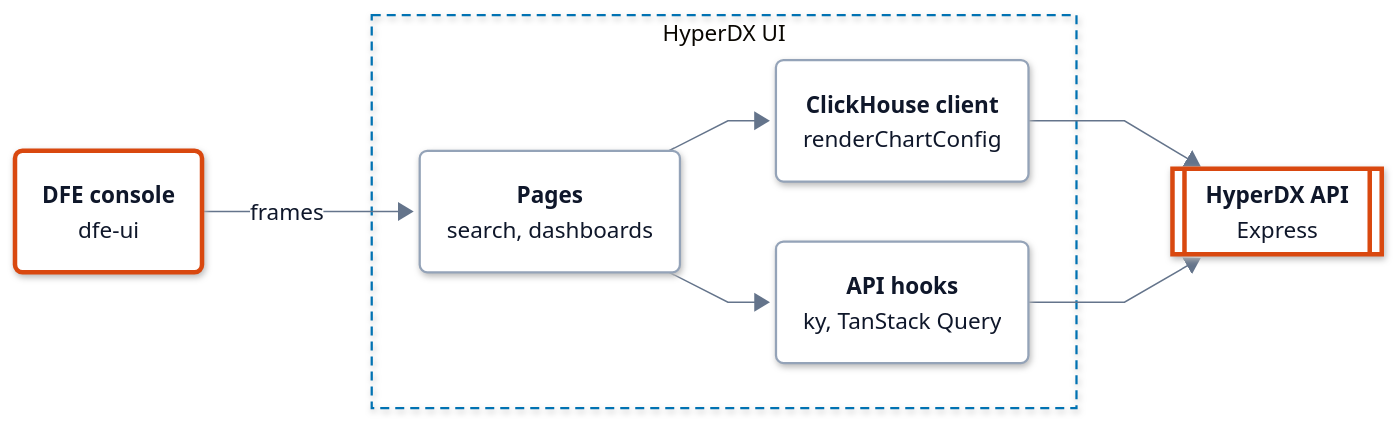
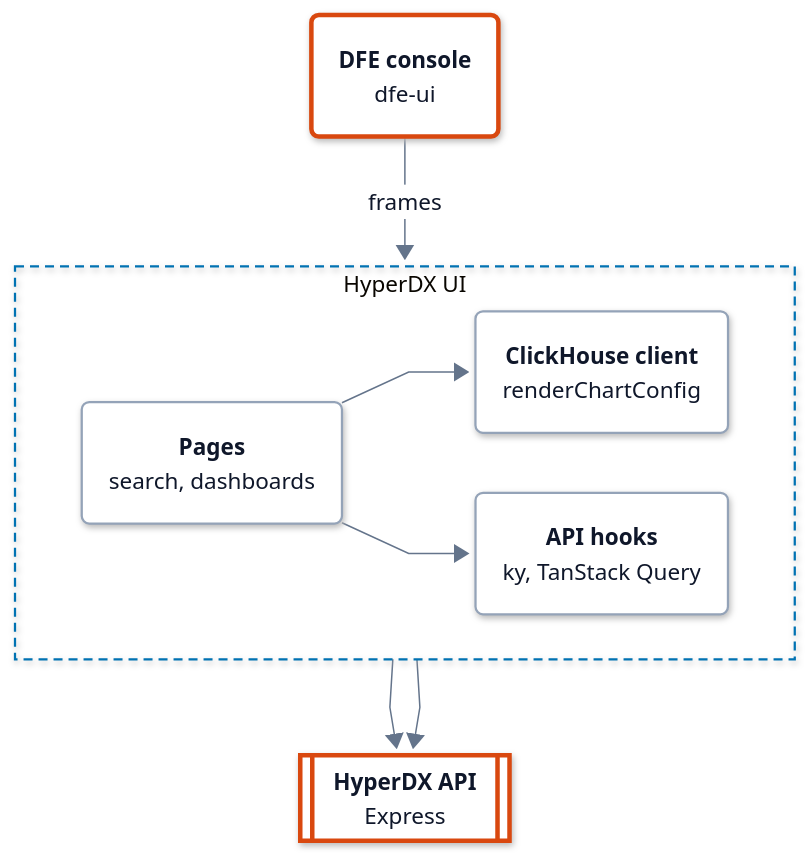
Before and after one commit to hyperi-io/dfe-hyperdx: the diagram in docs/architecture/frontend.md, drawn with Mermaid. The commit also changed other lines of this file and 15 other files, not shown here.

First line of the commit message:
docs(architecture): add the architecture page and fit every flowchart (#234)

````diff
--- a/docs/architecture/frontend.md
+++ b/docs/architecture/frontend.md
@@ -13,76 +17,77 @@
 ```mermaid
 ---
 config:
   theme: base
   look: neo
   fontFamily: Inter, -apple-system, Segoe UI, Roboto, Helvetica, Arial, sans-serif
   flowchart:
     curve: linear
     nodeSpacing: 40
     rankSpacing: 64
     padding: 18
     wrappingWidth: 280
     htmlLabels: true
   elk:
     preset: modelOrder
   themeVariables:
     fontSize: 15px
     lineColor: "#64748B"
     primaryTextColor: "#0F172A"
     clusterBorder: "#0072B2"
     edgeLabelBackground: "#FFFFFF"
   themeCSS: >-
     p{margin:0}
     .node[data-look] rect,.node[data-look] path,.node[data-look] polygon,.node[data-look] .outer-path{filter:drop-shadow(0 1px 2px rgba(15,23,42,.10)) drop-shadow(0 6px 14px rgba(15,23,42,.10))}
     .node rect{rx:10px;ry:10px}
     .cluster rect{rx:16px;ry:16px}
     .node .label div{min-width:150px}
     .node.decision .label div{min-width:0}
     .cluster[data-look] rect{filter:none}
     .nodeLabel{line-height:1.35}
     .nodeLabel b{font-weight:600;font-size:15px;letter-spacing:-0.01em}
     .nodeLabel span{font-size:12.5px;font-weight:400;color:#334155}
     .cluster-label span.nodeLabel{display:inline-block;background:#FFFFFF;color:#0B2A3F;border:1.5px solid #0072B2;border-radius:999px;padding:2px 12px;font-size:11.5px;font-weight:700;letter-spacing:.09em;text-transform:uppercase}
     .flowchart-link{stroke-width:1.75px}
     .labelBkg{background:transparent!important}
     span.edgeLabel{display:inline-block;background:#FFFFFF!important;color:#1E293B;border:1px solid #94A3B8;border-radius:999px;padding:2px 10px;font-size:12px;font-weight:500}
     span.edgeLabel p{background:transparent!important}
     .label-icon{width:20px;height:20px;vertical-align:-4px;margin-right:6px}
     .ingest .label-icon{color:#0E8A7D}
     .xform .label-icon{color:#7B4FB0}
     .load .label-icon{color:#0072B2}
     .bus .label-icon{color:#A8517F}
     .store .label-icon{color:#00785A}
     .ui .label-icon{color:#D9480F}
     .ext .label-icon{color:#64748B}
 ---
-flowchart LR
+flowchart TB
   accTitle: L3 Components -- HyperDX UI
   accDescr: The DFE console frames the UI pages. Pages render charts through the browser ClickHouse client, which builds SQL with renderChartConfig, and load everything else through the API hooks. Both reach the HyperDX API.
   console("<b>DFE console</b><br/><span>dfe-ui</span>")
   subgraph app["HyperDX UI"]
+    direction LR
     pages("<b>Pages</b><br/><span>search, dashboards</span>")
     chc("<b>ClickHouse client</b><br/><span>renderChartConfig</span>")
     hooks("<b>API hooks</b><br/><span>ky, TanStack Query</span>")
+    pages --> chc
+    pages --> hooks
   end
   api[["<b>HyperDX API</b><br/><span>Express</span>"]]
   console -->|frames| pages
-  pages --> chc
-  pages --> hooks
   chc --> api
   hooks --> api
+  class console,api ui
+  class pages,chc,hooks part
   classDef ext fill:#F4F6F8,stroke:#94A3B8,stroke-width:1.5px,stroke-dasharray:5 4,color:#0F172A
   classDef ingest fill:#FFFFFF,stroke:#0E8A7D,stroke-width:3px,color:#0F172A
   classDef xform fill:#FFFFFF,stroke:#7B4FB0,stroke-width:3px,color:#0F172A
   classDef load fill:#FFFFFF,stroke:#0072B2,stroke-width:3px,color:#0F172A
   classDef bus fill:#FFFFFF,stroke:#A8517F,stroke-width:3px,color:#0F172A
   classDef store fill:#FFFFFF,stroke:#00785A,stroke-width:3px,color:#0F172A
   classDef ui fill:#FFFFFF,stroke:#D9480F,stroke-width:3px,color:#0F172A
   classDef decision fill:#FFFFFF,stroke:#9A6700,stroke-width:3px,color:#0F172A
   classDef error fill:#FFFFFF,stroke:#C2410C,stroke-width:3px,color:#0F172A
   classDef control fill:#FFFFFF,stroke:#334155,stroke-width:3px,color:#0F172A
   classDef part fill:#FFFFFF,stroke:#94A3B8,stroke-width:1.5px,color:#0F172A
-  class console,api ui
-  class pages,chc,hooks part
   style app fill:none,stroke:#0072B2,stroke-width:1.5px,stroke-dasharray:6 4
 ```
````
